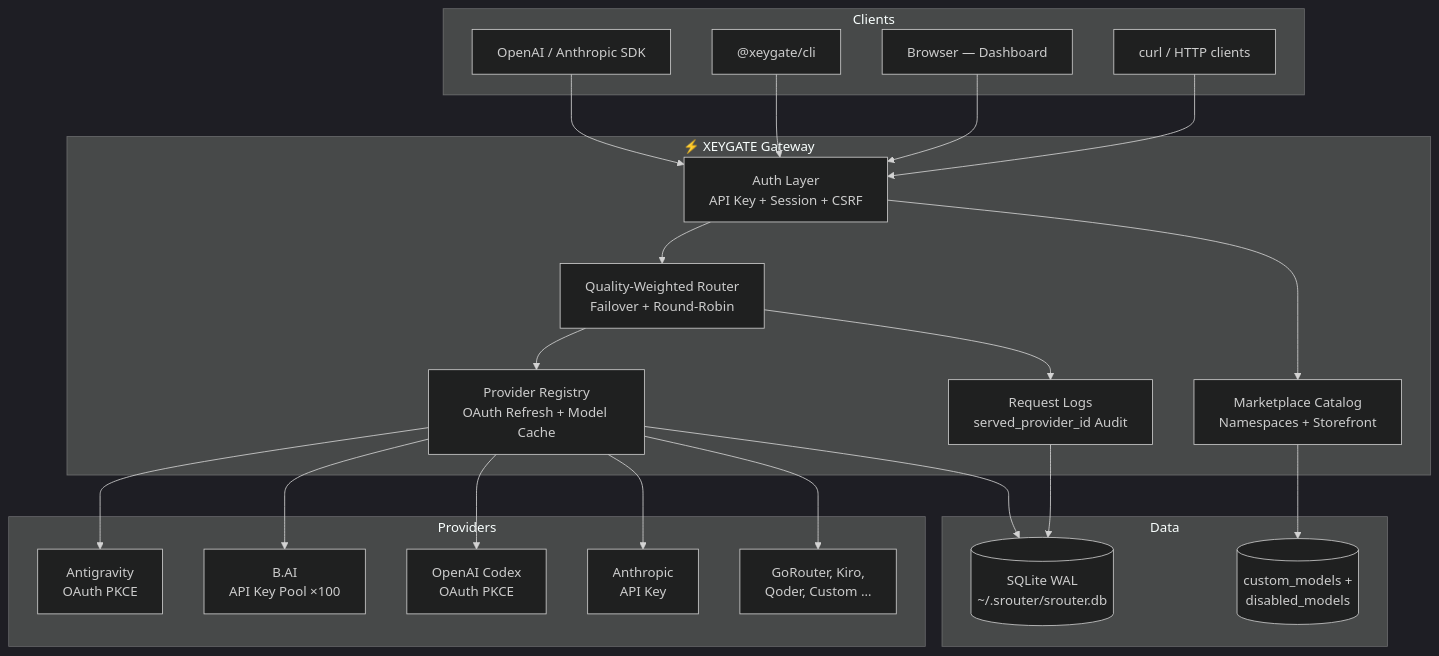
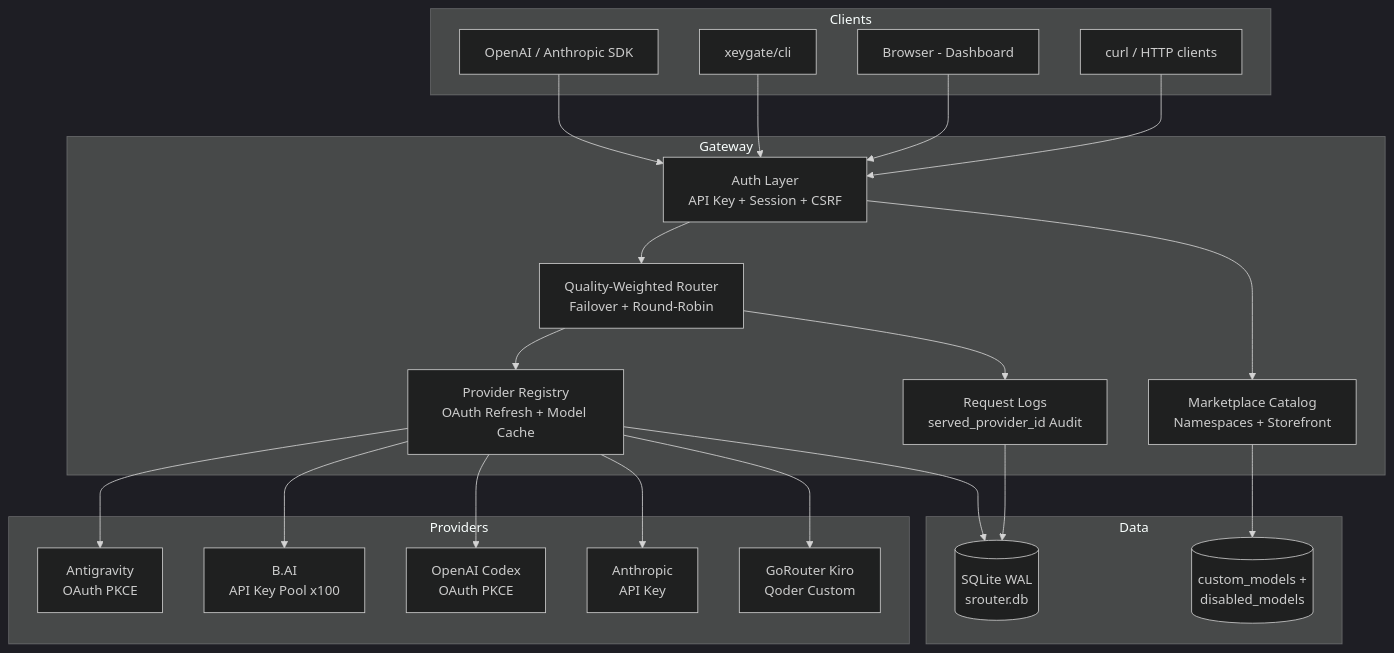
Before and after one commit to qwetls/xeygate: the first of 4 diagrams in README.md, drawn with Mermaid (dark theme). The commit also changed other lines of this file, not shown here.

First line of the commit message:
fix: sanitize all 4 Mermaid diagrams for GitHub renderer

````diff
--- a/README.md
+++ b/README.md
@@ -201,41 +201,41 @@
 ```mermaid
 graph TB
     subgraph Clients
         SDK[OpenAI / Anthropic SDK]
-        CLI["@xeygate/cli"]
-        WEB[Browser — Dashboard]
+        CLI[xeygate/cli]
+        WEB[Browser - Dashboard]
         CURL[curl / HTTP clients]
     end
 
-    subgraph XEYGATE["⚡ XEYGATE Gateway"]
+    subgraph XEYGATE[Gateway]
         AUTH[Auth Layer<br/>API Key + Session + CSRF]
         ROUTER[Quality-Weighted Router<br/>Failover + Round-Robin]
         REG[Provider Registry<br/>OAuth Refresh + Model Cache]
         LOGS[Request Logs<br/>served_provider_id Audit]
         CATALOG[Marketplace Catalog<br/>Namespaces + Storefront]
     end
 
     subgraph Providers
         AG[Antigravity<br/>OAuth PKCE]
-        BAI[B.AI<br/>API Key Pool ×100]
+        BAI[B.AI<br/>API Key Pool x100]
         OAI[OpenAI Codex<br/>OAuth PKCE]
         ANT[Anthropic<br/>API Key]
-        MORE[GoRouter, Kiro,<br/>Qoder, Custom …]
+        MORE[GoRouter Kiro<br/>Qoder Custom]
     end
 
     subgraph Data
-        DB[(SQLite WAL<br/>~/.srouter/srouter.db)]
+        DB[(SQLite WAL<br/>srouter.db)]
         MODELS[(custom_models +<br/>disabled_models)]
     end
 
     SDK & CLI & CURL --> AUTH
     WEB --> AUTH
     AUTH --> ROUTER
     AUTH --> CATALOG
     ROUTER --> REG
     REG --> AG & BAI & OAI & ANT & MORE
     ROUTER --> LOGS
     LOGS --> DB
     REG --> DB
     CATALOG --> MODELS
 ```
````
